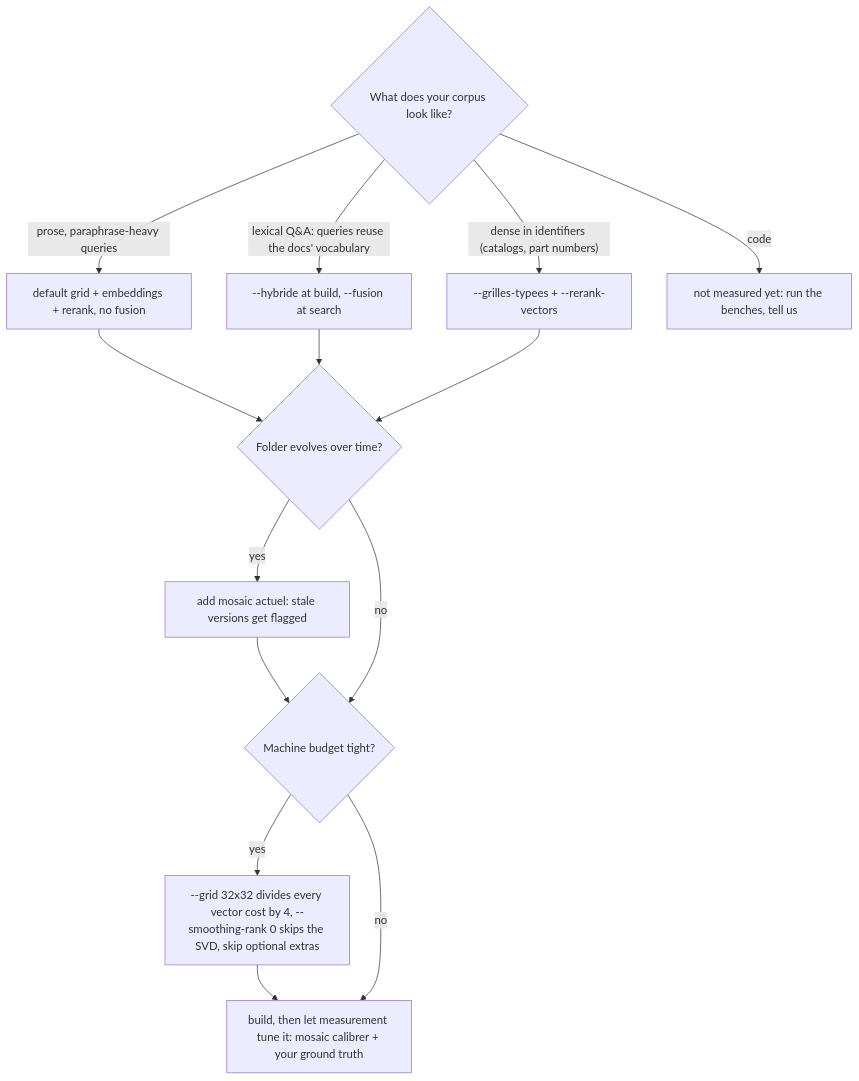
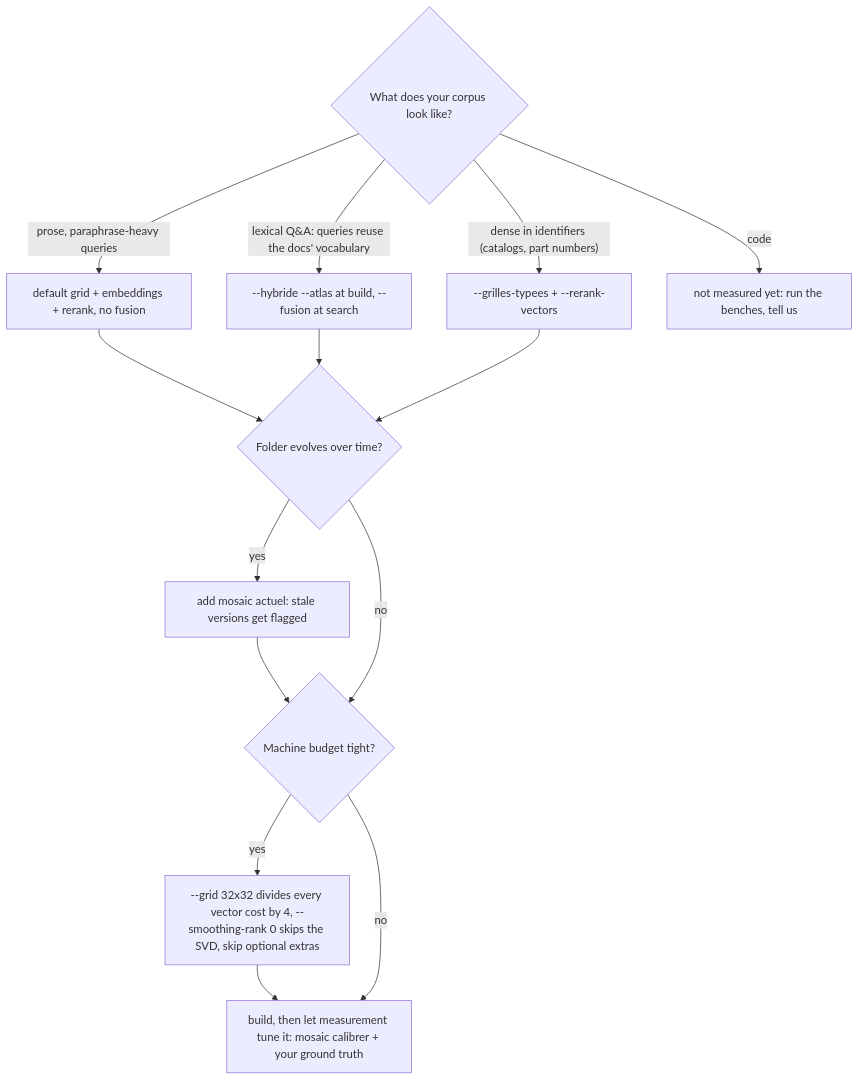
Before and after one commit to alexxb2mg-svg/Mosaic: the diagram in README.md, drawn with Mermaid. The commit also changed other lines of this file and 1 other file, not shown here.

````diff
--- a/README.md
+++ b/README.md
@@ -165,15 +76,15 @@
 ```mermaid
 flowchart TD
     Q{"What does your corpus look like?"}
     Q -->|"prose, paraphrase-heavy queries"| A["default grid + embeddings + rerank, no fusion"]
-    Q -->|"lexical Q&A: queries reuse the docs' vocabulary"| B["--hybride at build, --fusion at search"]
+    Q -->|"lexical Q&A: queries reuse the docs' vocabulary"| B["--hybride --atlas at build, --fusion at search"]
     Q -->|"dense in identifiers (catalogs, part numbers)"| C["--grilles-typees + --rerank-vectors"]
     Q -->|"code"| U["not measured yet: run the benches, tell us"]
     A --> T{"Folder evolves over time?"}
     B --> T
     C --> T
     T -->|"yes"| V["add mosaic actuel: stale versions get flagged"] --> M
     T -->|"no"| M{"Machine budget tight?"}
     M -->|"yes"| S["--grid 32x32 divides every vector cost by 4, --smoothing-rank 0 skips the SVD, skip optional extras"] --> DONE
     M -->|"no"| DONE["build, then let measurement tune it: mosaic calibrer + your ground truth"]
 ```
````
